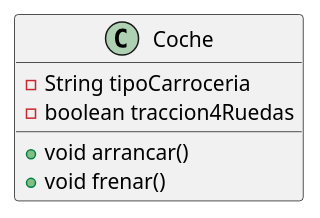
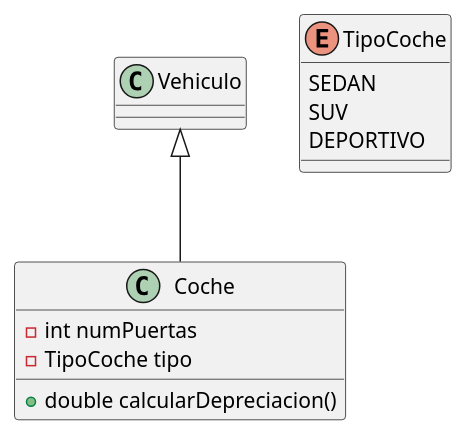
Before and after one commit to MsC254/UT5_ED_Prog: the diagram in uml/Coche.puml, drawn with PlantUML. The commit also changed 12 other files, not shown here.

Commit message:
Actualización de diagramas UML y archivos .puml

```diff
--- a/uml/Coche.puml
+++ b/uml/Coche.puml
@@ -1,9 +1,13 @@
 @startuml
-class Coche {
-  - String tipoCarroceria
-  - boolean traccion4Ruedas
+class Coche extends Vehiculo {
+    - int numPuertas
+    - TipoCoche tipo
+    + double calcularDepreciacion()
+}
 
-  + void arrancar()
-  + void frenar()
+enum TipoCoche {
+    SEDAN
+    SUV
+    DEPORTIVO
 }
 @enduml
```
